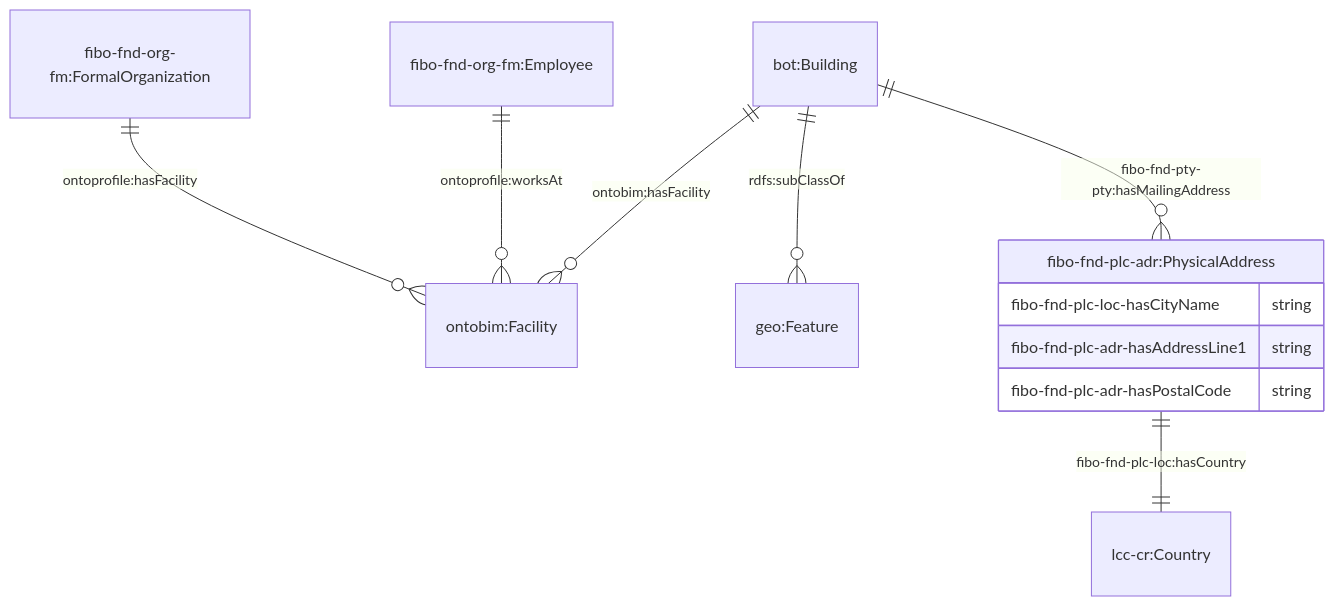
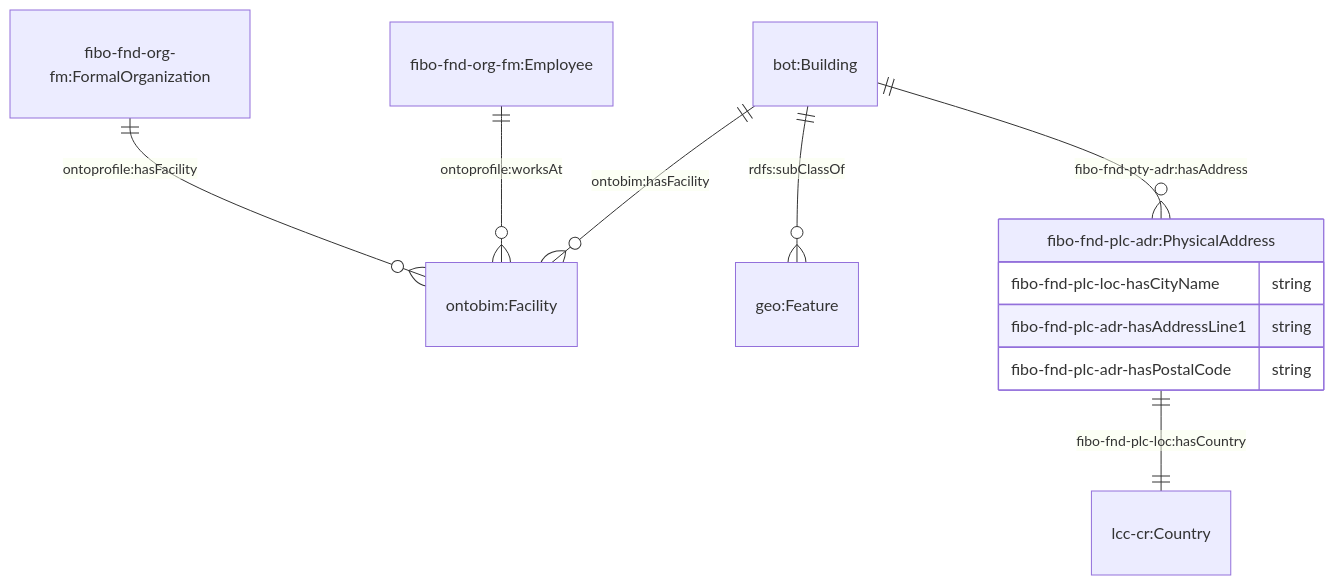
The fourth of 4 diagrams in JPS_Ontology/ontology/ontoprofile/README.MD (cambridge-cares/TheWorldAvatar), drawn with Mermaid before and after one commit.

Commit message:
1828-dev-ontoprofile: Use of FIBO's hasAddress property instead of hasMailingAddress for building

````diff
--- a/JPS_Ontology/ontology/ontoprofile/README.MD
+++ b/JPS_Ontology/ontology/ontoprofile/README.MD
@@ -147,15 +147,15 @@
 ```mermaid
     erDiagram
     "bot:Building" ||--o{ "ontobim:Facility" : "ontobim:hasFacility "
     "bot:Building" ||--o{ "geo:Feature" : "rdfs:subClassOf"
-    "bot:Building" ||--o{ "fibo-fnd-plc-adr:PhysicalAddress" : "fibo-fnd-pty-pty:hasMailingAddress"
+    "bot:Building" ||--o{ "fibo-fnd-plc-adr:PhysicalAddress" : "fibo-fnd-pty-adr:hasAddress"
     "fibo-fnd-plc-adr:PhysicalAddress" ||--|| "lcc-cr:Country" : "fibo-fnd-plc-loc:hasCountry"
     "fibo-fnd-plc-adr:PhysicalAddress" {
         fibo-fnd-plc-loc-hasCityName string
         fibo-fnd-plc-adr-hasAddressLine1 string
         fibo-fnd-plc-adr-hasPostalCode string
     }
 
     "fibo-fnd-org-fm:FormalOrganization" ||--o{ "ontobim:Facility" : "ontoprofile:hasFacility "
     "fibo-fnd-org-fm:Employee" ||--o{ "ontobim:Facility"  : "ontoprofile:worksAt"
 ```
````
